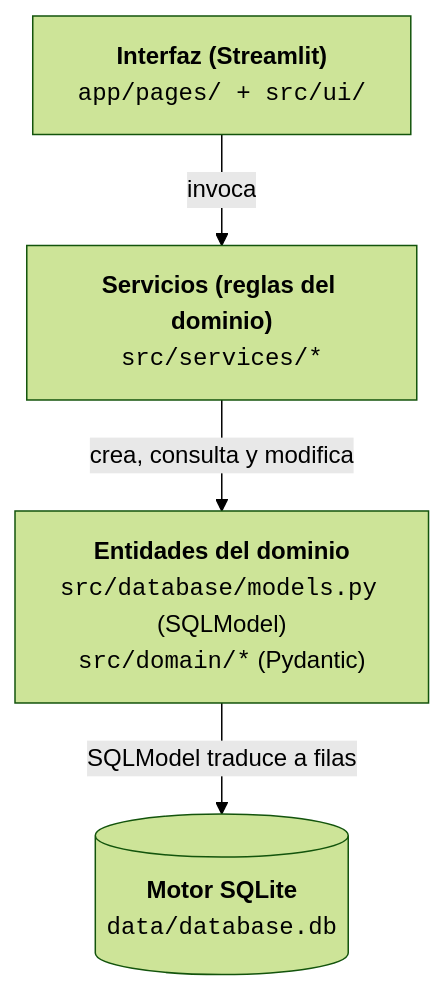
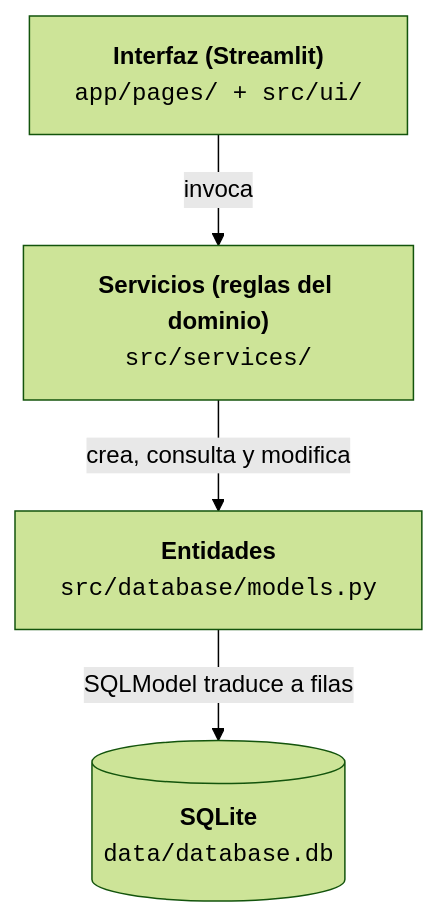
Before and after one commit to l-antonelli/gestor-aulas: the first of 2 diagrams in project/Informe/anexos/Anexo_Base_de_Datos.md, drawn with Mermaid (forest theme). The commit also changed other lines of this file and 2 other files, not shown here.

Commit message:
docs: Anexo A resumido con diagramas legibles; README e índice de la documentación al día

````diff
--- a/project/Informe/anexos/Anexo_Base_de_Datos.md
+++ b/project/Informe/anexos/Anexo_Base_de_Datos.md
@@ -66,11 +68,11 @@
 ```mermaid
 flowchart TD
     UI["<b>Interfaz (Streamlit)</b><br/><code>app/pages/ + src/ui/</code>"]
-    SVC["<b>Servicios (reglas del dominio)</b><br/><code>src/services/*</code>"]
-    ENT["<b>Entidades del dominio</b><br/><code>src/database/models.py</code> (SQLModel)<br/><code>src/domain/*</code> (Pydantic)"]
-    SQL[("<b>Motor SQLite</b><br/><code>data/database.db</code>")]
+    SVC["<b>Servicios (reglas del dominio)</b><br/><code>src/services/</code>"]
+    ENT["<b>Entidades</b><br/><code>src/database/models.py</code>"]
+    SQL[("<b>SQLite</b><br/><code>data/database.db</code>")]
 
     UI -->|invoca| SVC
     SVC -->|crea, consulta y modifica| ENT
     ENT -->|SQLModel traduce a filas| SQL
 ```
````
